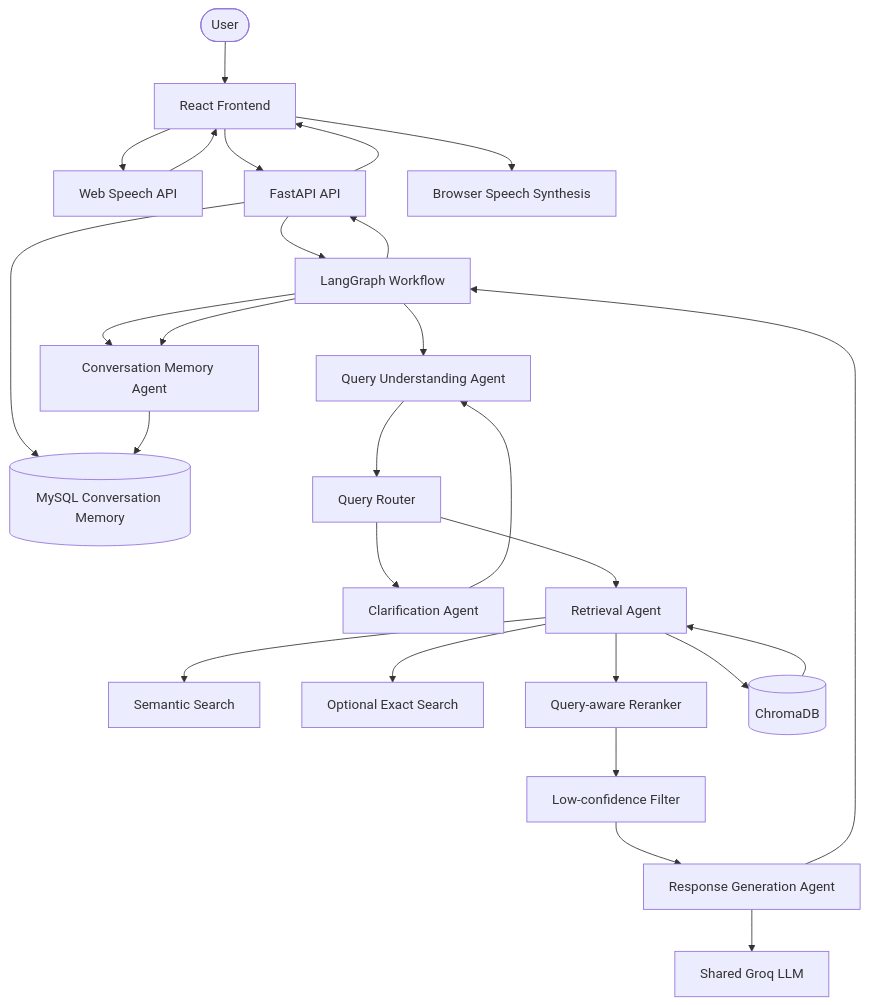
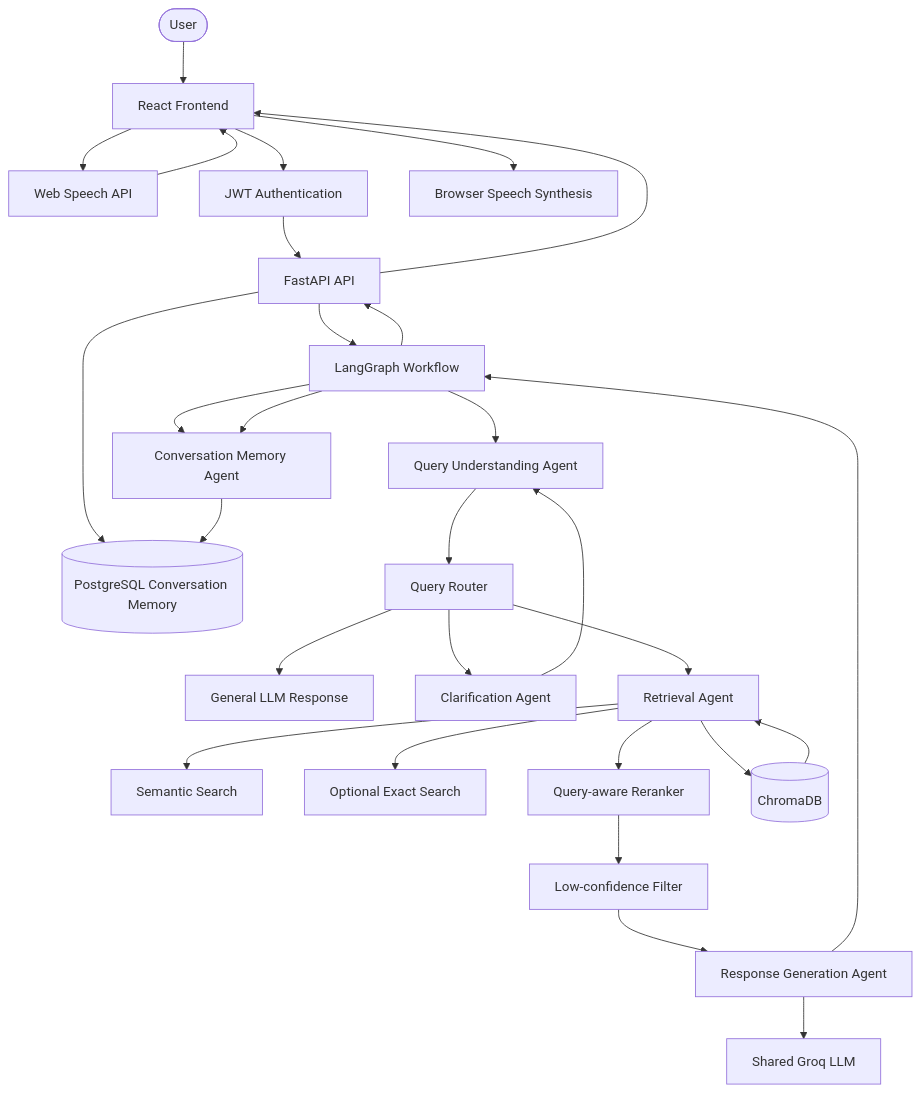
The first of 8 diagrams in PROJECT_GUIDE.md (Prathiksha-2126/Development-of-AI-Based-Knowledge-Retrieval-Platform-with-Query-Resolution-System), drawn with Mermaid before and after one commit. The commit also changed other lines of this file and 78 other files, not shown here.

````diff
--- a/PROJECT_GUIDE.md
+++ b/PROJECT_GUIDE.md
@@ -334,29 +453,31 @@
 ```mermaid
 graph TD
     U([User]) --> FE[React Frontend]
     FE --> STT[Web Speech API]
     STT --> FE
-    FE --> API[FastAPI API]
-    API --> DB[(MySQL Conversation Memory)]
+    FE --> AUTH[JWT Authentication]
+    AUTH --> API[FastAPI API]
+    API --> DB[(PostgreSQL Conversation Memory)]
     API --> WF[LangGraph Workflow]
     WF --> MEM[Conversation Memory Agent]
     MEM --> DB
     WF --> QUA[Query Understanding Agent]
     QUA --> RT[Query Router]
+    RT --> GEN[General LLM Response]
     RT --> CL[Clarification Agent]
     CL --> QUA
     RT --> RA[Retrieval Agent]
     RA --> SS[Semantic Search]
     RA --> ES[Optional Exact Search]
     RA --> RR[Query-aware Reranker]
     RR --> LF[Low-confidence Filter]
     LF --> RG[Response Generation Agent]
     RG --> LLM[Shared Groq LLM]
     RA --> VDB[(ChromaDB)]
     VDB --> RA
     RG --> WF
     WF --> MEM
     WF --> API
     API --> FE
     FE --> TTS[Browser Speech Synthesis]
 ```
````
